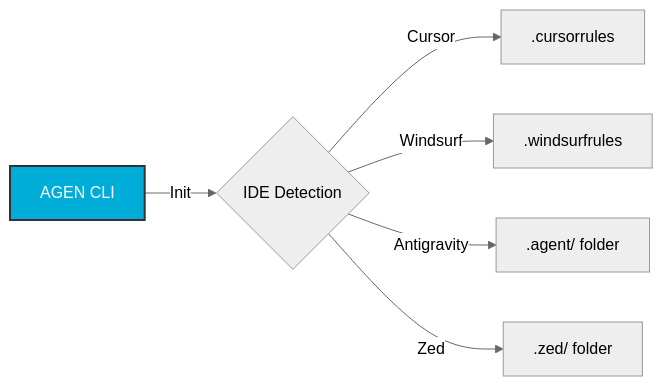
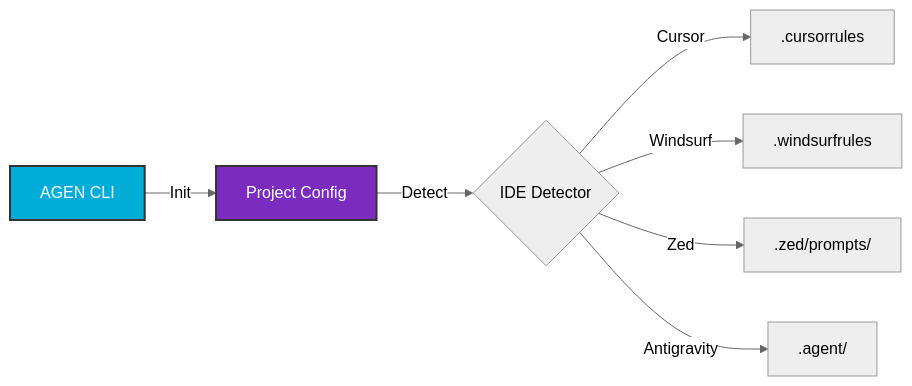
Before and after one commit to eshanized/AGEN: the diagram in docs/index.md, drawn with Mermaid (neutral theme). The commit also changed other lines of this file and 4 other files, not shown here.

````diff
--- a/docs/index.md
+++ b/docs/index.md
@@ -49,10 +48,11 @@
 ```mermaid
 graph LR
-    A[AGEN CLI] -->|Init| B{IDE Detection}
-    B -->|Cursor| C[.cursorrules]
-    B -->|Windsurf| D[.windsurfrules]
-    B -->|Antigravity| E[.agent/ folder]
-    B -->|Zed| F[.zed/ folder]
-    
+    A[AGEN CLI] -->|Init| B[Project Config]
+    B -->|Detect| C{IDE Detector}
+    C -->|Cursor| D[.cursorrules]
+    C -->|Windsurf| E[.windsurfrules]
+    C -->|Zed| F[.zed/prompts/]
+    C -->|Antigravity| G[.agent/]
     style A fill:#00ADD8,stroke:#333,stroke-width:2px,color:#fff
+    style B fill:#7B2CBF,stroke:#333,stroke-width:2px,color:#fff
 ```
````
